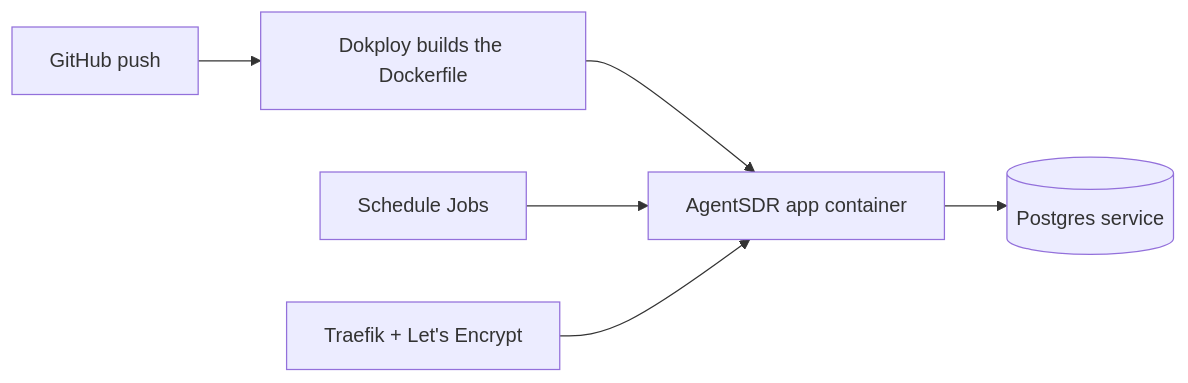
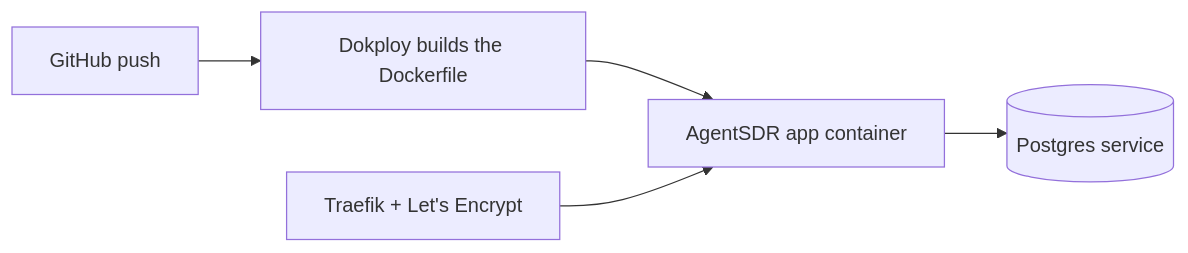
Before and after one commit to Kandid-ai/AgentSDR: the diagram in docs/self-hosting/dokploy.mdx, drawn with Mermaid. The commit also changed other lines of this file and 64 other files, not shown here.

First line of the commit message:
Scheduled jobs run inside the app; the schema is created on start

````diff
--- a/docs/self-hosting/dokploy.mdx
+++ b/docs/self-hosting/dokploy.mdx
@@ -28,8 +28,7 @@
 ```mermaid
 flowchart LR
   gh[GitHub push] --> dok[Dokploy builds the Dockerfile]
   dok --> app[AgentSDR app container]
   app --> pg[(Postgres service)]
-  sched[Schedule Jobs] --> app
   traefik[Traefik + Let's Encrypt] --> app
 ```
````
